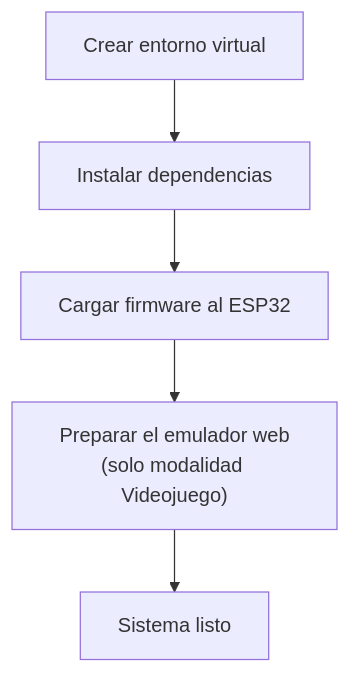
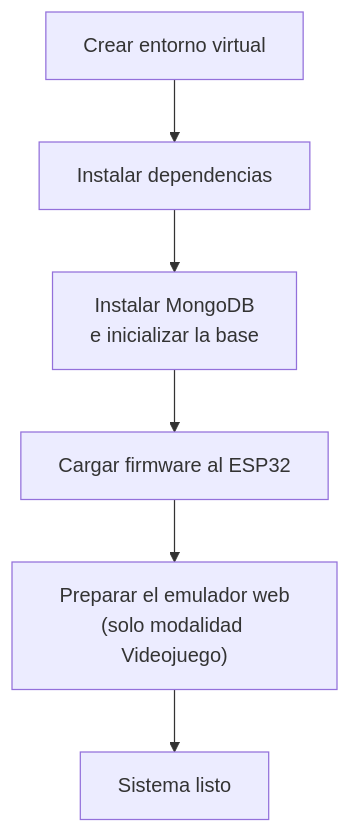
The second of 8 diagrams in README.md (Atzelcer/Nexum_AI), drawn with Mermaid before and after one commit. The commit also changed other lines of this file and 15 other files, not shown here.

````diff
--- a/README.md
+++ b/README.md
@@ -100,7 +108,8 @@
 ```mermaid
 flowchart TD
     A["Crear entorno virtual"] --> B["Instalar dependencias"]
-    B --> C["Cargar firmware al ESP32"]
+    B --> M["Instalar MongoDB<br/>e inicializar la base"]
+    M --> C["Cargar firmware al ESP32"]
     C --> D["Preparar el emulador web<br/>(solo modalidad Videojuego)"]
     D --> E["Sistema listo"]
 ```
````
